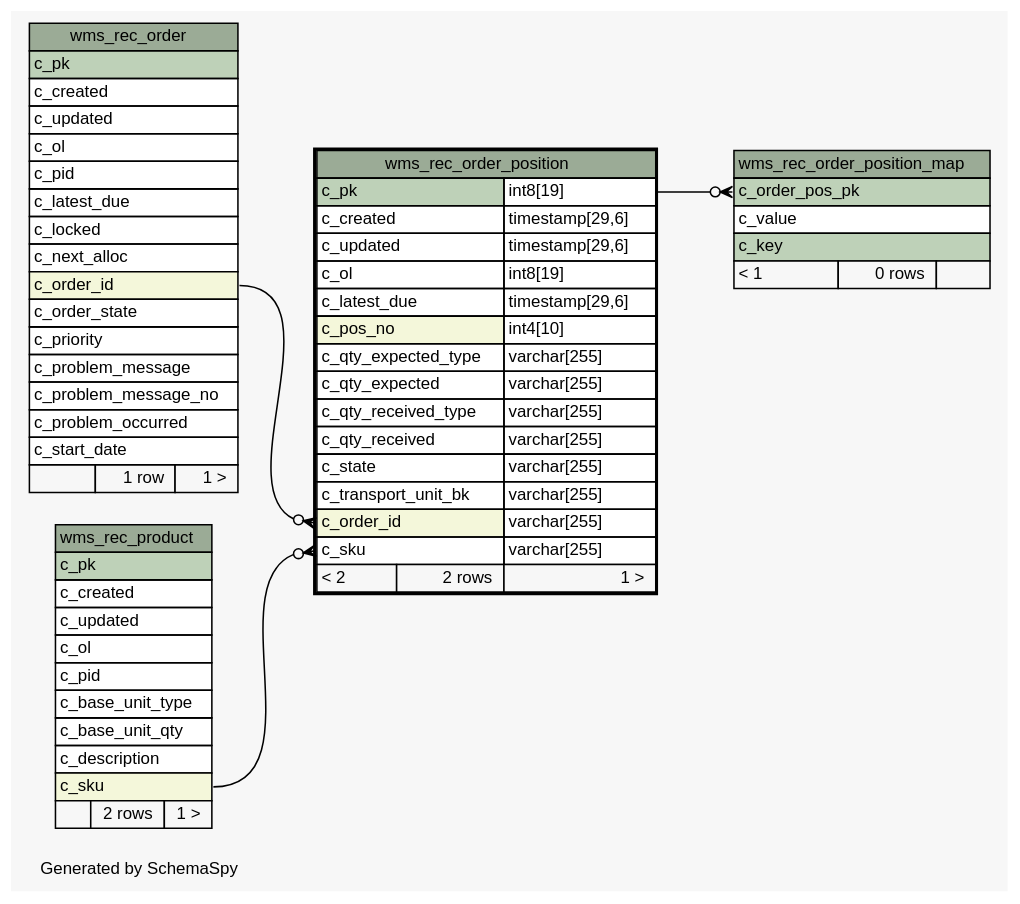
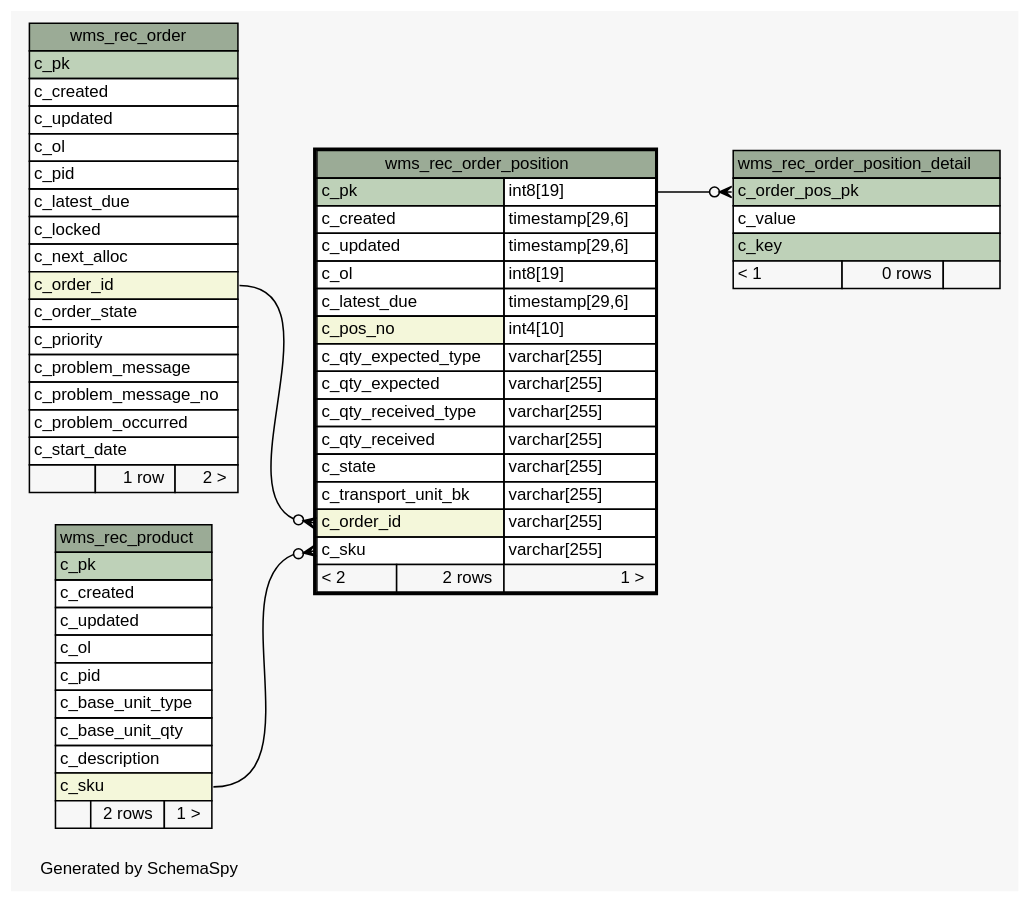
One commit to openwms/org.openwms.wms.receiving.lib changed the diagram in 1.0.0-SNAPSHOT/schemaspy/diagrams/wms_rec_order_position.1degree.dot. Above: the diagram before and after it, drawn with Graphviz. The commit also changed 285 other files, not shown here.

```diff
--- a/1.0.0-SNAPSHOT/schemaspy/diagrams/wms_rec_order_position.1degree.dot
+++ b/1.0.0-SNAPSHOT/schemaspy/diagrams/wms_rec_order_position.1degree.dot
@@ -1,102 +1,102 @@
 // dot 2.43.0 on Linux 5.4.0-1046-azure
 // SchemaSpy rev Unknown
 digraph "oneDegreeRelationshipsDiagram" {
   graph [
     rankdir="RL"
     bgcolor="#f7f7f7"
     label="\nGenerated by SchemaSpy"
     labeljust="l"
     nodesep="0.18"
     ranksep="0.46"
     fontname="Helvetica"
     fontsize="11"
   ];
   node [
     fontname="Helvetica"
     fontsize="11"
     shape="plaintext"
   ];
   edge [
     arrowsize="0.8"
   ];
   "wms_rec_order_position":"c_order_id":w -> "wms_rec_order":"c_order_id":e [arrowhead=none dir=back arrowtail=crowodot];
   "wms_rec_order_position":"c_sku":w -> "wms_rec_product":"c_sku":e [arrowhead=none dir=back arrowtail=crowodot];
-  "wms_rec_order_position_map":"c_order_pos_pk":w -> "wms_rec_order_position":"c_pk.type":e [arrowhead=none dir=back arrowtail=crowodot];
+  "wms_rec_order_position_detail":"c_order_pos_pk":w -> "wms_rec_order_position":"c_pk.type":e [arrowhead=none dir=back arrowtail=crowodot];
   "wms_rec_order" [
     label=<
     <TABLE BORDER="0" CELLBORDER="1" CELLSPACING="0" BGCOLOR="#ffffff">
       <TR><TD COLSPAN="3" BGCOLOR="#9bab96" ALIGN="CENTER">wms_rec_order</TD></TR>
       <TR><TD PORT="c_pk" COLSPAN="3" BGCOLOR="#bed1b8" ALIGN="LEFT">c_pk</TD></TR>
       <TR><TD PORT="c_created" COLSPAN="3" ALIGN="LEFT">c_created</TD></TR>
       <TR><TD PORT="c_updated" COLSPAN="3" ALIGN="LEFT">c_updated</TD></TR>
       <TR><TD PORT="c_ol" COLSPAN="3" ALIGN="LEFT">c_ol</TD></TR>
       <TR><TD PORT="c_pid" COLSPAN="3" ALIGN="LEFT">c_pid</TD></TR>
       <TR><TD PORT="c_latest_due" COLSPAN="3" ALIGN="LEFT">c_latest_due</TD></TR>
       <TR><TD PORT="c_locked" COLSPAN="3" ALIGN="LEFT">c_locked</TD></TR>
       <TR><TD PORT="c_next_alloc" COLSPAN="3" ALIGN="LEFT">c_next_alloc</TD></TR>
       <TR><TD PORT="c_order_id" COLSPAN="3" BGCOLOR="#f4f7da" ALIGN="LEFT">c_order_id</TD></TR>
       <TR><TD PORT="c_order_state" COLSPAN="3" ALIGN="LEFT">c_order_state</TD></TR>
       <TR><TD PORT="c_priority" COLSPAN="3" ALIGN="LEFT">c_priority</TD></TR>
       <TR><TD PORT="c_problem_message" COLSPAN="3" ALIGN="LEFT">c_problem_message</TD></TR>
       <TR><TD PORT="c_problem_message_no" COLSPAN="3" ALIGN="LEFT">c_problem_message_no</TD></TR>
       <TR><TD PORT="c_problem_occurred" COLSPAN="3" ALIGN="LEFT">c_problem_occurred</TD></TR>
       <TR><TD PORT="c_start_date" COLSPAN="3" ALIGN="LEFT">c_start_date</TD></TR>
-      <TR><TD ALIGN="LEFT" BGCOLOR="#f7f7f7">  </TD><TD ALIGN="RIGHT" BGCOLOR="#f7f7f7">1 row</TD><TD ALIGN="RIGHT" BGCOLOR="#f7f7f7">1 &gt;</TD></TR>
+      <TR><TD ALIGN="LEFT" BGCOLOR="#f7f7f7">  </TD><TD ALIGN="RIGHT" BGCOLOR="#f7f7f7">1 row</TD><TD ALIGN="RIGHT" BGCOLOR="#f7f7f7">2 &gt;</TD></TR>
     </TABLE>>
     URL="wms_rec_order.html"
     tooltip="wms_rec_order"
   ];
   "wms_rec_order_position" [
     label=<
     <TABLE BORDER="2" CELLBORDER="1" CELLSPACING="0" BGCOLOR="#ffffff">
       <TR><TD COLSPAN="3" BGCOLOR="#9bab96" ALIGN="CENTER">wms_rec_order_position</TD></TR>
       <TR><TD PORT="c_pk" COLSPAN="2" BGCOLOR="#bed1b8" ALIGN="LEFT">c_pk</TD><TD PORT="c_pk.type" ALIGN="LEFT">int8[19]</TD></TR>
       <TR><TD PORT="c_created" COLSPAN="2" ALIGN="LEFT">c_created</TD><TD PORT="c_created.type" ALIGN="LEFT">timestamp[29,6]</TD></TR>
       <TR><TD PORT="c_updated" COLSPAN="2" ALIGN="LEFT">c_updated</TD><TD PORT="c_updated.type" ALIGN="LEFT">timestamp[29,6]</TD></TR>
       <TR><TD PORT="c_ol" COLSPAN="2" ALIGN="LEFT">c_ol</TD><TD PORT="c_ol.type" ALIGN="LEFT">int8[19]</TD></TR>
       <TR><TD PORT="c_latest_due" COLSPAN="2" ALIGN="LEFT">c_latest_due</TD><TD PORT="c_latest_due.type" ALIGN="LEFT">timestamp[29,6]</TD></TR>
       <TR><TD PORT="c_pos_no" COLSPAN="2" BGCOLOR="#f4f7da" ALIGN="LEFT">c_pos_no</TD><TD PORT="c_pos_no.type" ALIGN="LEFT">int4[10]</TD></TR>
       <TR><TD PORT="c_qty_expected_type" COLSPAN="2" ALIGN="LEFT">c_qty_expected_type</TD><TD PORT="c_qty_expected_type.type" ALIGN="LEFT">varchar[255]</TD></TR>
       <TR><TD PORT="c_qty_expected" COLSPAN="2" ALIGN="LEFT">c_qty_expected</TD><TD PORT="c_qty_expected.type" ALIGN="LEFT">varchar[255]</TD></TR>
       <TR><TD PORT="c_qty_received_type" COLSPAN="2" ALIGN="LEFT">c_qty_received_type</TD><TD PORT="c_qty_received_type.type" ALIGN="LEFT">varchar[255]</TD></TR>
       <TR><TD PORT="c_qty_received" COLSPAN="2" ALIGN="LEFT">c_qty_received</TD><TD PORT="c_qty_received.type" ALIGN="LEFT">varchar[255]</TD></TR>
       <TR><TD PORT="c_state" COLSPAN="2" ALIGN="LEFT">c_state</TD><TD PORT="c_state.type" ALIGN="LEFT">varchar[255]</TD></TR>
       <TR><TD PORT="c_transport_unit_bk" COLSPAN="2" ALIGN="LEFT">c_transport_unit_bk</TD><TD PORT="c_transport_unit_bk.type" ALIGN="LEFT">varchar[255]</TD></TR>
       <TR><TD PORT="c_order_id" COLSPAN="2" BGCOLOR="#f4f7da" ALIGN="LEFT">c_order_id</TD><TD PORT="c_order_id.type" ALIGN="LEFT">varchar[255]</TD></TR>
       <TR><TD PORT="c_sku" COLSPAN="2" ALIGN="LEFT">c_sku</TD><TD PORT="c_sku.type" ALIGN="LEFT">varchar[255]</TD></TR>
       <TR><TD ALIGN="LEFT" BGCOLOR="#f7f7f7">&lt; 2</TD><TD ALIGN="RIGHT" BGCOLOR="#f7f7f7">2 rows</TD><TD ALIGN="RIGHT" BGCOLOR="#f7f7f7">1 &gt;</TD></TR>
     </TABLE>>
     URL="wms_rec_order_position.html"
     tooltip="wms_rec_order_position"
   ];
-  "wms_rec_order_position_map" [
+  "wms_rec_order_position_detail" [
     label=<
     <TABLE BORDER="0" CELLBORDER="1" CELLSPACING="0" BGCOLOR="#ffffff">
-      <TR><TD COLSPAN="3" BGCOLOR="#9bab96" ALIGN="CENTER">wms_rec_order_position_map</TD></TR>
+      <TR><TD COLSPAN="3" BGCOLOR="#9bab96" ALIGN="CENTER">wms_rec_order_position_detail</TD></TR>
       <TR><TD PORT="c_order_pos_pk" COLSPAN="3" BGCOLOR="#bed1b8" ALIGN="LEFT">c_order_pos_pk</TD></TR>
       <TR><TD PORT="c_value" COLSPAN="3" ALIGN="LEFT">c_value</TD></TR>
       <TR><TD PORT="c_key" COLSPAN="3" BGCOLOR="#bed1b8" ALIGN="LEFT">c_key</TD></TR>
       <TR><TD ALIGN="LEFT" BGCOLOR="#f7f7f7">&lt; 1</TD><TD ALIGN="RIGHT" BGCOLOR="#f7f7f7">0 rows</TD><TD ALIGN="RIGHT" BGCOLOR="#f7f7f7">  </TD></TR>
     </TABLE>>
-    URL="wms_rec_order_position_map.html"
-    tooltip="wms_rec_order_position_map"
+    URL="wms_rec_order_position_detail.html"
+    tooltip="wms_rec_order_position_detail"
   ];
   "wms_rec_product" [
     label=<
     <TABLE BORDER="0" CELLBORDER="1" CELLSPACING="0" BGCOLOR="#ffffff">
       <TR><TD COLSPAN="3" BGCOLOR="#9bab96" ALIGN="CENTER">wms_rec_product</TD></TR>
       <TR><TD PORT="c_pk" COLSPAN="3" BGCOLOR="#bed1b8" ALIGN="LEFT">c_pk</TD></TR>
       <TR><TD PORT="c_created" COLSPAN="3" ALIGN="LEFT">c_created</TD></TR>
       <TR><TD PORT="c_updated" COLSPAN="3" ALIGN="LEFT">c_updated</TD></TR>
       <TR><TD PORT="c_ol" COLSPAN="3" ALIGN="LEFT">c_ol</TD></TR>
       <TR><TD PORT="c_pid" COLSPAN="3" ALIGN="LEFT">c_pid</TD></TR>
       <TR><TD PORT="c_base_unit_type" COLSPAN="3" ALIGN="LEFT">c_base_unit_type</TD></TR>
       <TR><TD PORT="c_base_unit_qty" COLSPAN="3" ALIGN="LEFT">c_base_unit_qty</TD></TR>
       <TR><TD PORT="c_description" COLSPAN="3" ALIGN="LEFT">c_description</TD></TR>
       <TR><TD PORT="c_sku" COLSPAN="3" BGCOLOR="#f4f7da" ALIGN="LEFT">c_sku</TD></TR>
       <TR><TD ALIGN="LEFT" BGCOLOR="#f7f7f7">  </TD><TD ALIGN="RIGHT" BGCOLOR="#f7f7f7">2 rows</TD><TD ALIGN="RIGHT" BGCOLOR="#f7f7f7">1 &gt;</TD></TR>
     </TABLE>>
     URL="wms_rec_product.html"
     tooltip="wms_rec_product"
   ];
 }
```
